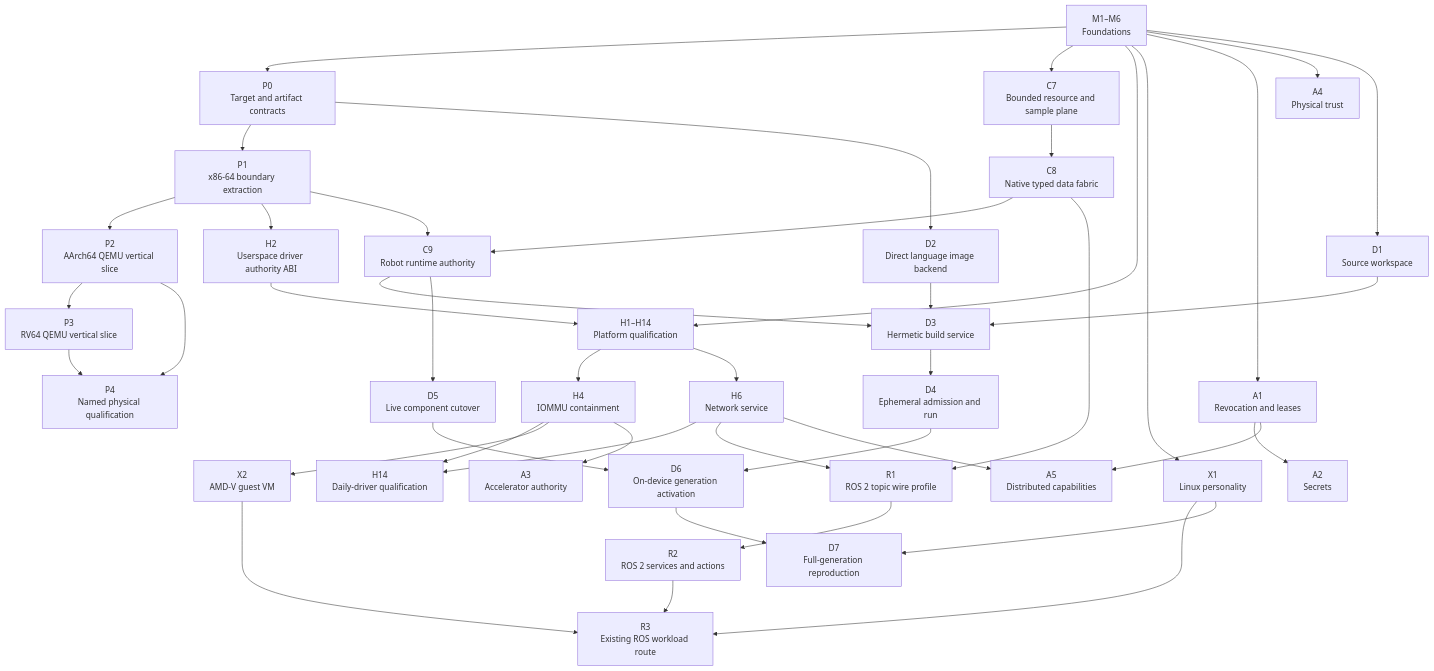
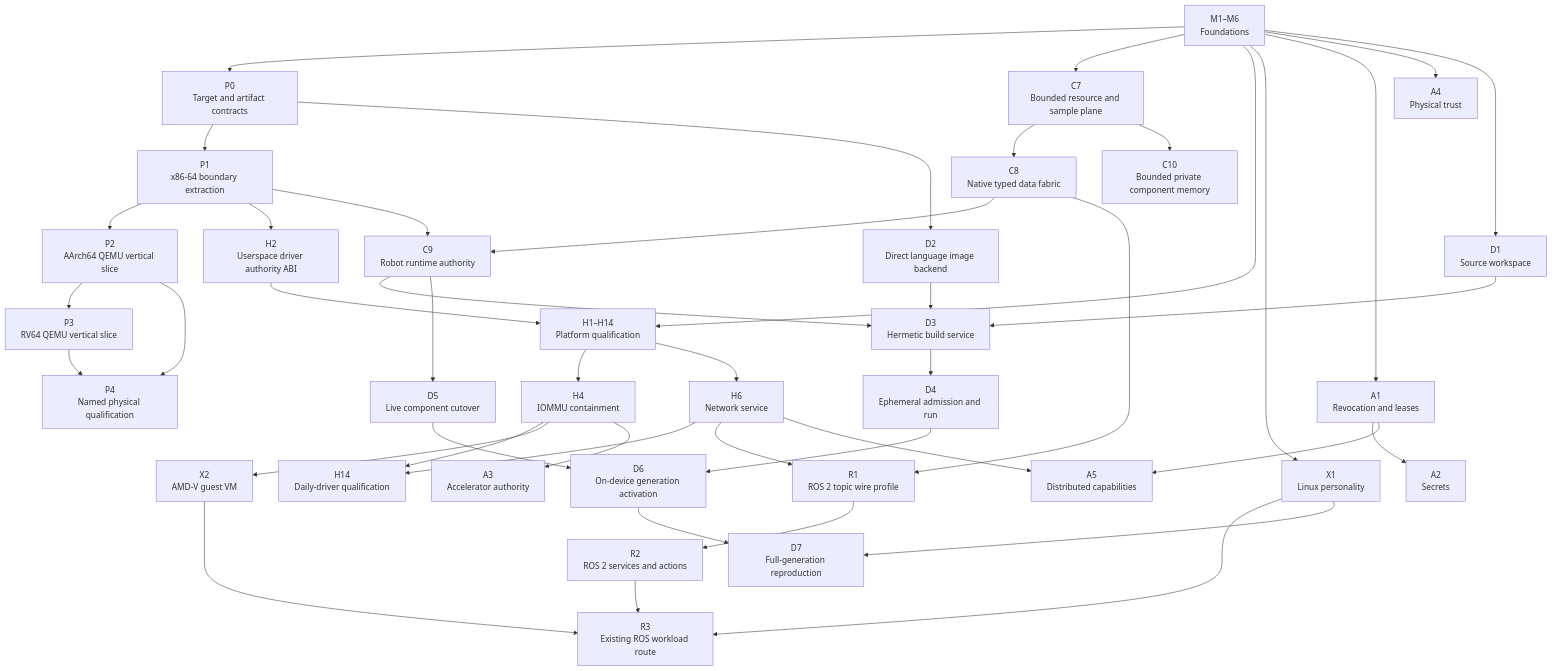
Before and after one commit to iceice666/slime_os: the first of 2 diagrams in roadmap/README.md, drawn with Mermaid. The commit also changed other lines of this file and 4 other files, not shown here.

First line of the commit message:
docs(repo/roadmap): plan bounded private component memory

````diff
--- a/roadmap/README.md
+++ b/roadmap/README.md
@@ -35,78 +36,80 @@
 ```mermaid
 flowchart TD
     Foundations["M1–M6<br/>Foundations"]
     P0["P0<br/>Target and artifact contracts"]
     P1["P1<br/>x86-64 boundary extraction"]
     P2["P2<br/>AArch64 QEMU vertical slice"]
     P3["P3<br/>RV64 QEMU vertical slice"]
     P4["P4<br/>Named physical qualification"]
 
     C7["C7<br/>Bounded resource and sample plane"]
     C8["C8<br/>Native typed data fabric"]
     C9["C9<br/>Robot runtime authority"]
+    C10["C10<br/>Bounded private component memory"]
     H2["H2<br/>Userspace driver authority ABI"]
 
     R1["R1<br/>ROS 2 topic wire profile"]
     R2["R2<br/>ROS 2 services and actions"]
     R3["R3<br/>Existing ROS workload route"]
 
     Hardware["H1–H14<br/>Platform qualification"]
     H4["H4<br/>IOMMU containment"]
     H6["H6<br/>Network service"]
     H14["H14<br/>Daily-driver qualification"]
 
     X1["X1<br/>Linux personality"]
     X2["X2<br/>AMD-V guest VM"]
 
     A1["A1<br/>Revocation and leases"]
     A2["A2<br/>Secrets"]
     A3["A3<br/>Accelerator authority"]
     A4["A4<br/>Physical trust"]
     A5["A5<br/>Distributed capabilities"]
     D1["D1<br/>Source workspace"]
     D2["D2<br/>Direct language image backend"]
     D3["D3<br/>Hermetic build service"]
     D4["D4<br/>Ephemeral admission and run"]
     D5["D5<br/>Live component cutover"]
     D6["D6<br/>On-device generation activation"]
     D7["D7<br/>Full-generation reproduction"]
 
     Foundations --> P0 --> P1 --> P2 --> P3
     P2 --> P4
     P3 --> P4
     P1 --> H2
     P1 --> C9
 
     Foundations --> C7 --> C8
+    C7 --> C10
     C8 --> C9
     C8 --> R1 --> R2 --> R3
 
     Foundations --> Hardware
     H2 --> Hardware
     Hardware --> H4
     Hardware --> H6
     H4 --> H14
     H6 --> H14
 
     H6 --> R1
     Foundations --> X1 --> R3
     H4 --> X2 --> R3
 
     Foundations --> A1 --> A2
     H4 --> A3
     Foundations --> A4
     A1 --> A5
     H6 --> A5
 
     Foundations --> D1
     P0 --> D2
     D1 --> D3
     D2 --> D3
     C9 --> D3
     D3 --> D4
     C9 --> D5
     D4 --> D6
     D5 --> D6
     D6 --> D7
     X1 --> D7
 ```
````
